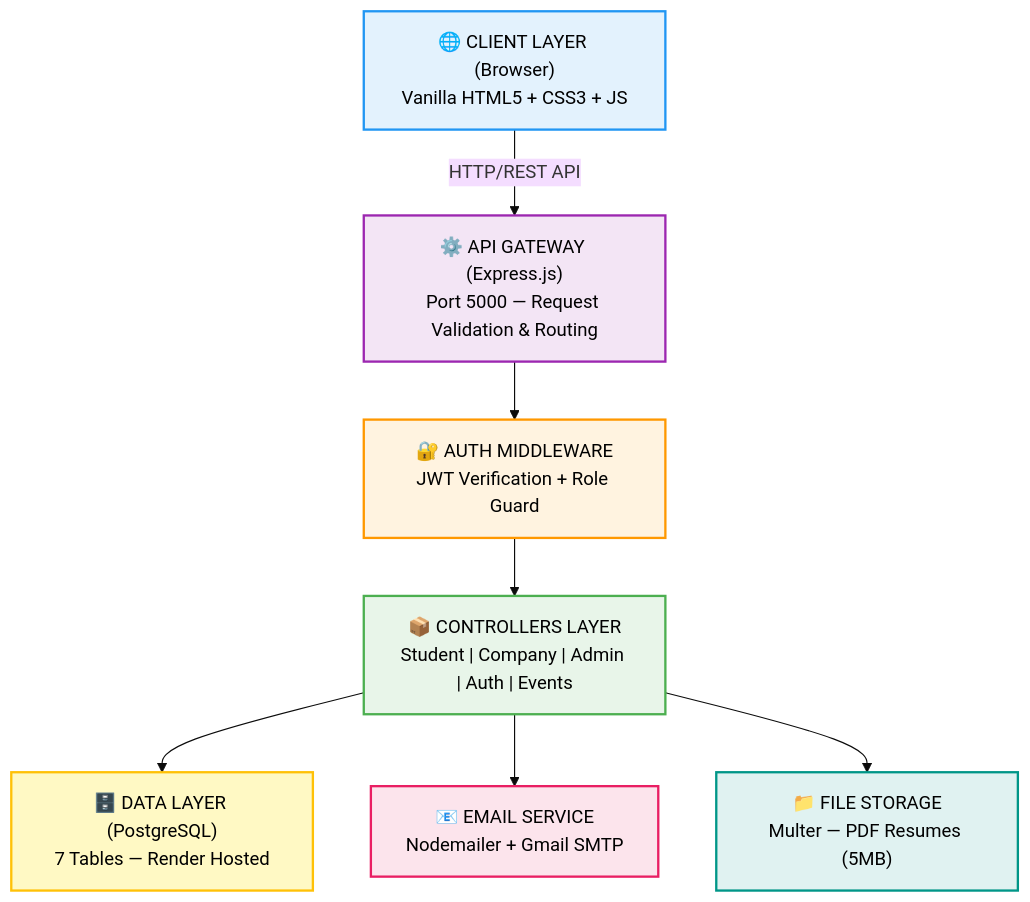
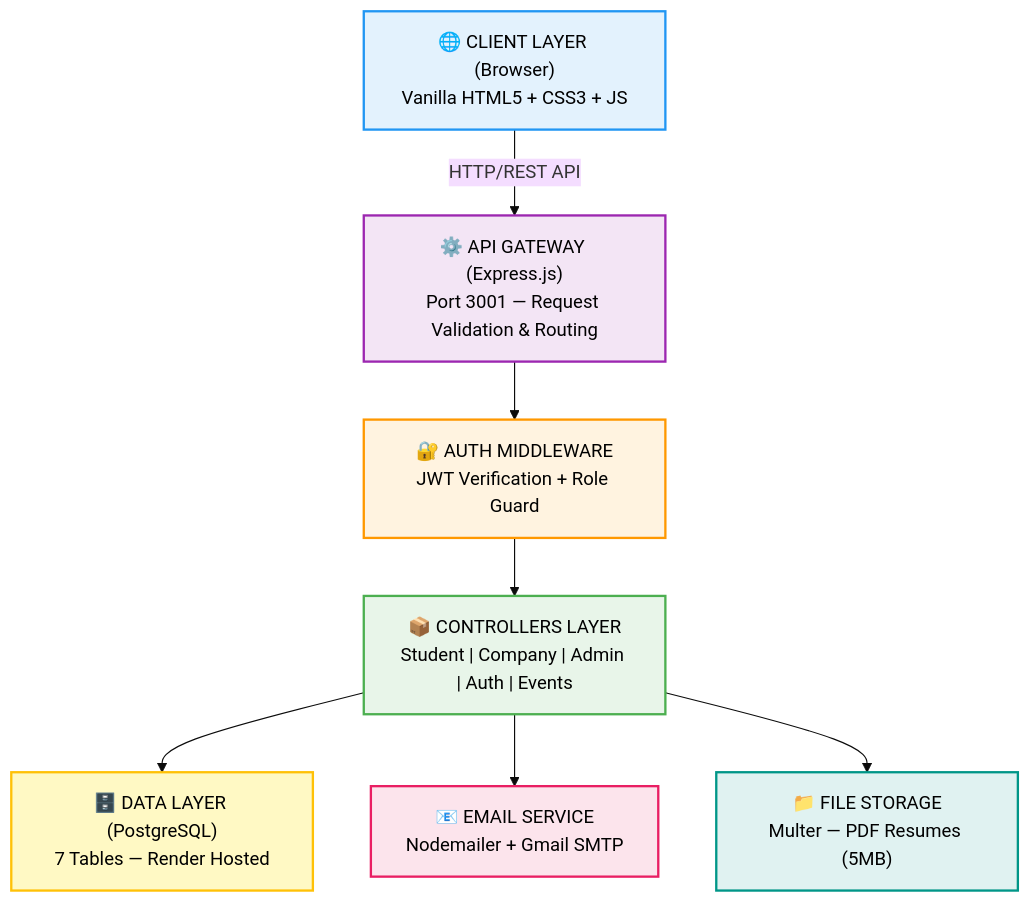
The first of 3 diagrams in README.md (AbhishekGiri04/GEHU-Placement_Portal), drawn with Mermaid (base theme) before and after one commit. The commit also changed other lines of this file, not shown here.

Commit message:
docs: add live demo links, fix PORT to 3001, update deployment section

````diff
--- a/README.md
+++ b/README.md
@@ -244,17 +244,17 @@
 ```mermaid
 graph TD
-A["🌐 CLIENT LAYER (Browser)<br/>Vanilla HTML5 + CSS3 + JS"] -->|HTTP/REST API| B["⚙️ API GATEWAY (Express.js)<br/>Port 5000 — Request Validation & Routing"]
+A["🌐 CLIENT LAYER (Browser)<br/>Vanilla HTML5 + CSS3 + JS"] -->|HTTP/REST API| B["⚙️ API GATEWAY (Express.js)<br/>Port 3001 — Request Validation & Routing"]
 B --> C["🔐 AUTH MIDDLEWARE<br/>JWT Verification + Role Guard"]
 C --> D["📦 CONTROLLERS LAYER<br/>Student | Company | Admin | Auth | Events"]
 D --> E["🗄️ DATA LAYER (PostgreSQL)<br/>7 Tables — Render Hosted"]
 D --> F["📧 EMAIL SERVICE<br/>Nodemailer + Gmail SMTP"]
 D --> G["📁 FILE STORAGE<br/>Multer — PDF Resumes (5MB)"]
 
 style A fill:#E3F2FD,stroke:#2196F3,stroke-width:2px,color:#000
 style B fill:#F3E5F5,stroke:#9C27B0,stroke-width:2px,color:#000
 style C fill:#FFF3E0,stroke:#FF9800,stroke-width:2px,color:#000
 style D fill:#E8F5E9,stroke:#4CAF50,stroke-width:2px,color:#000
 style E fill:#FFF9C4,stroke:#FFC107,stroke-width:2px,color:#000
 style F fill:#FCE4EC,stroke:#E91E63,stroke-width:2px,color:#000
 style G fill:#E0F2F1,stroke:#009688,stroke-width:2px,color:#000
 ```
````
